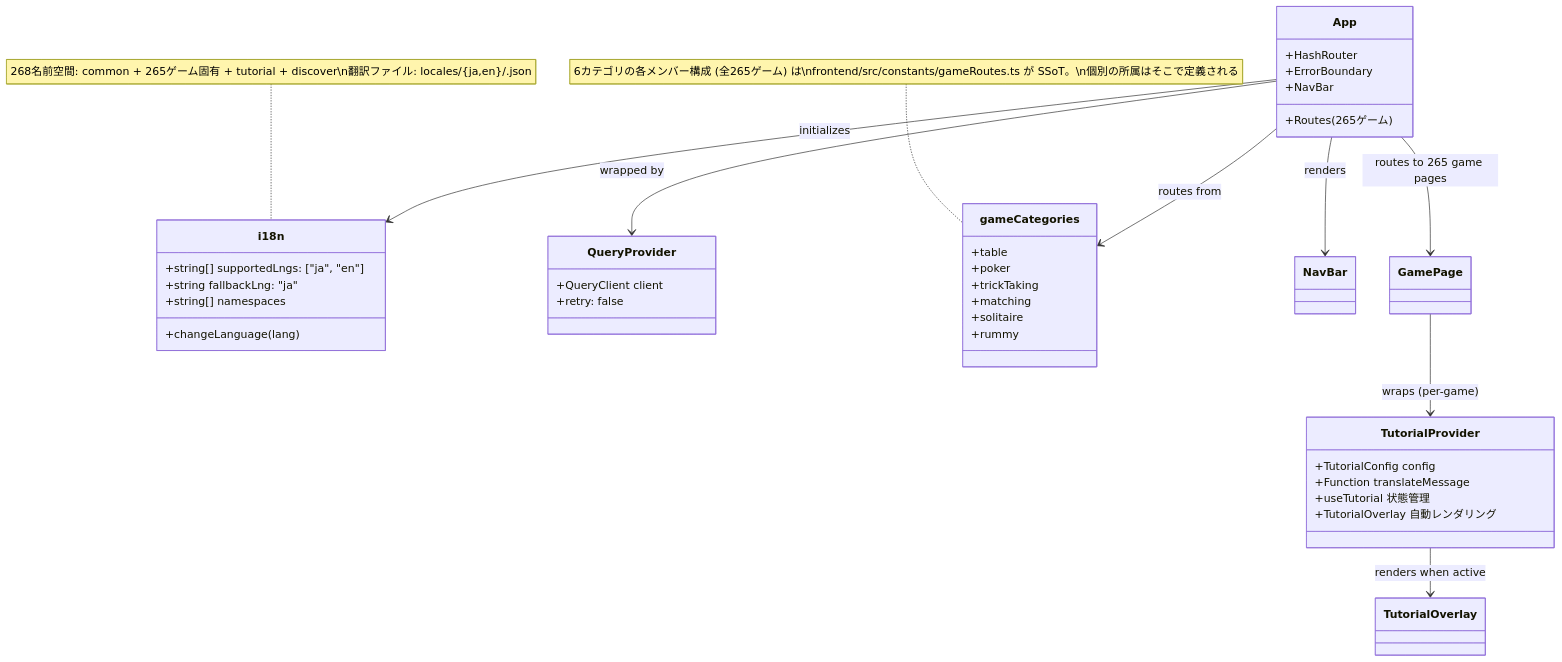
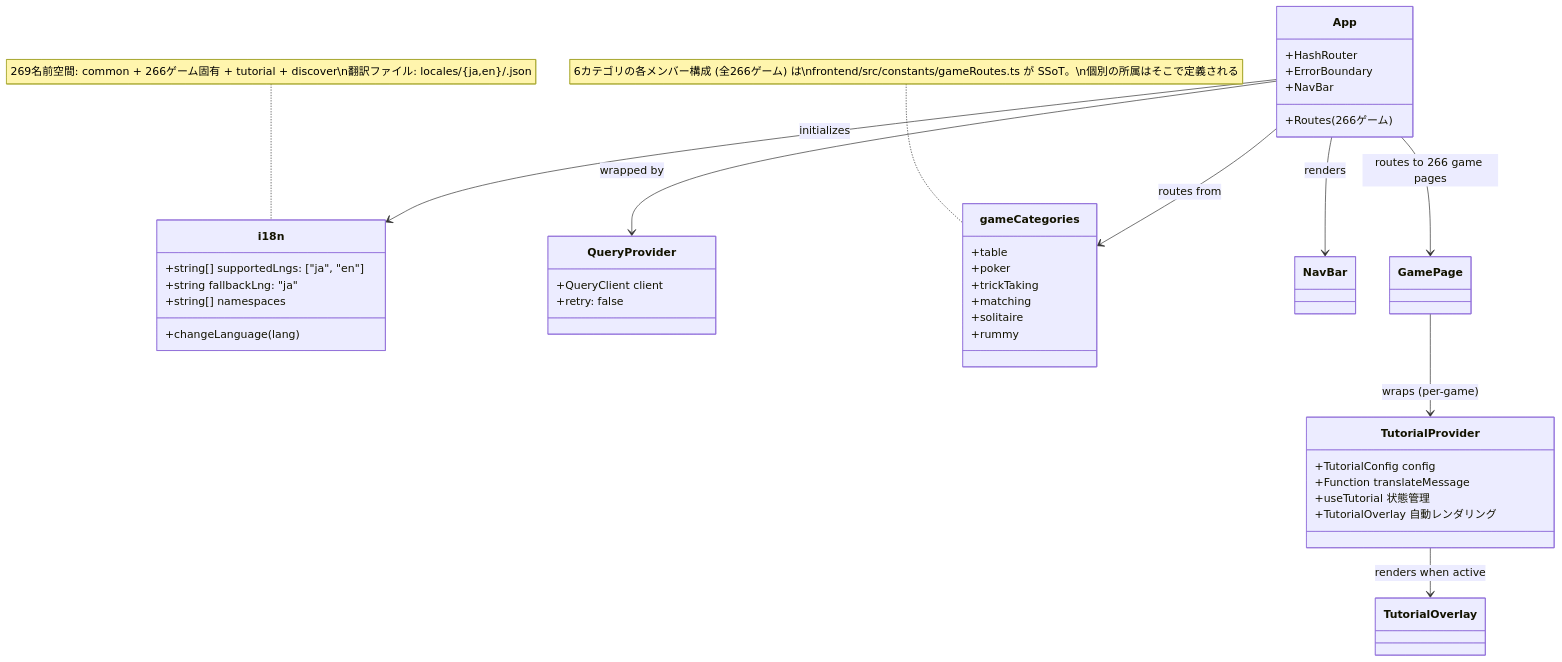
Before and after one commit to yuta-yoshinaga/go_trumpcards: the ninth of 49 diagrams in docs/design/frontend.md, drawn with Mermaid. The commit also changed other lines of this file and 47 other files, not shown here.

````diff
--- a/docs/design/frontend.md
+++ b/docs/design/frontend.md
@@ -1869,48 +1869,48 @@
 ```mermaid
 classDiagram
     class i18n {
         +string[] supportedLngs: ["ja", "en"]
         +string fallbackLng: "ja"
         +string[] namespaces
         +changeLanguage(lang)
     }
 
     class QueryProvider {
         +QueryClient client
         +retry: false
     }
 
     class App {
         +HashRouter
         +ErrorBoundary
         +NavBar
-        +Routes (265ゲーム)
+        +Routes (266ゲーム)
     }
 
     class gameCategories {
         +table
         +poker
         +trickTaking
         +matching
         +solitaire
         +rummy
     }
-    note for gameCategories "6カテゴリの各メンバー構成 (全265ゲーム) は\nfrontend/src/constants/gameRoutes.ts が SSoT。\n個別の所属はそこで定義される"
+    note for gameCategories "6カテゴリの各メンバー構成 (全266ゲーム) は\nfrontend/src/constants/gameRoutes.ts が SSoT。\n個別の所属はそこで定義される"
 
     class TutorialProvider {
         +TutorialConfig config
         +Function translateMessage
         +useTutorial 状態管理
         +TutorialOverlay 自動レンダリング
     }
 
     App --> QueryProvider : wrapped by
     App --> i18n : initializes
     App --> gameCategories : routes from
     App --> NavBar : renders
-    App --> GamePage : routes to 265 game pages
+    App --> GamePage : routes to 266 game pages
     GamePage --> TutorialProvider : wraps (per-game)
     TutorialProvider --> TutorialOverlay : renders when active
 
-    note for i18n "268名前空間: common + 265ゲーム固有 + tutorial + discover\n翻訳ファイル: locales/{ja,en}/<game>.json"
+    note for i18n "269名前空間: common + 266ゲーム固有 + tutorial + discover\n翻訳ファイル: locales/{ja,en}/<game>.json"
 ```
````
